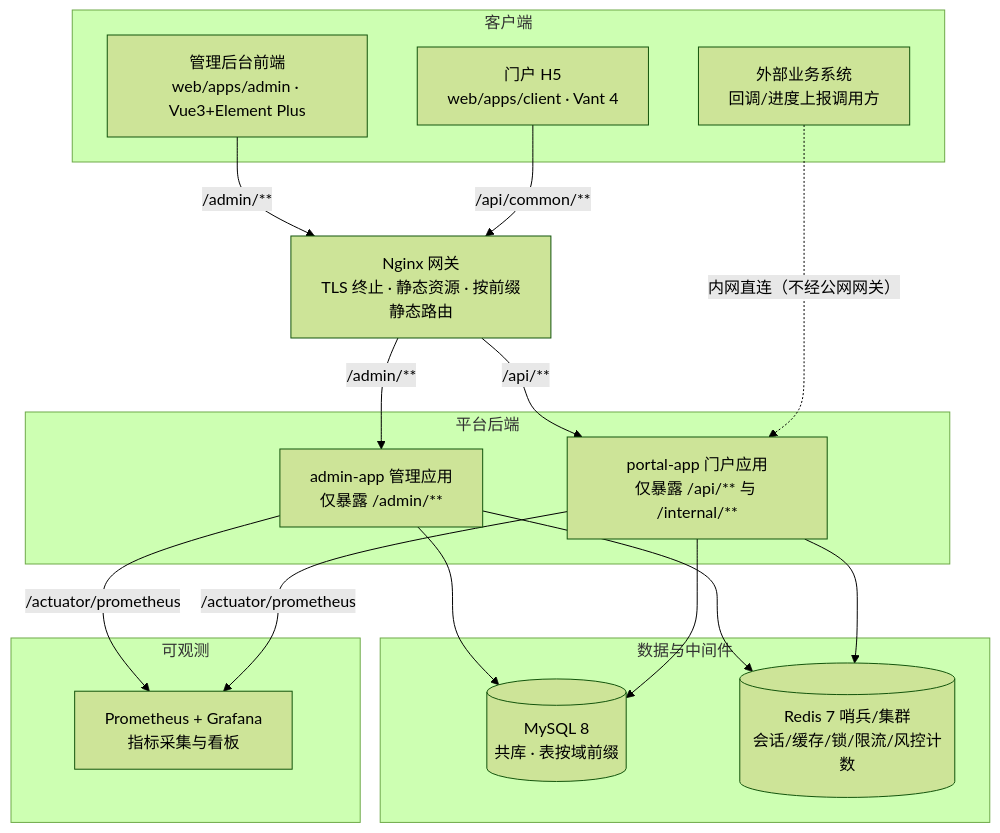
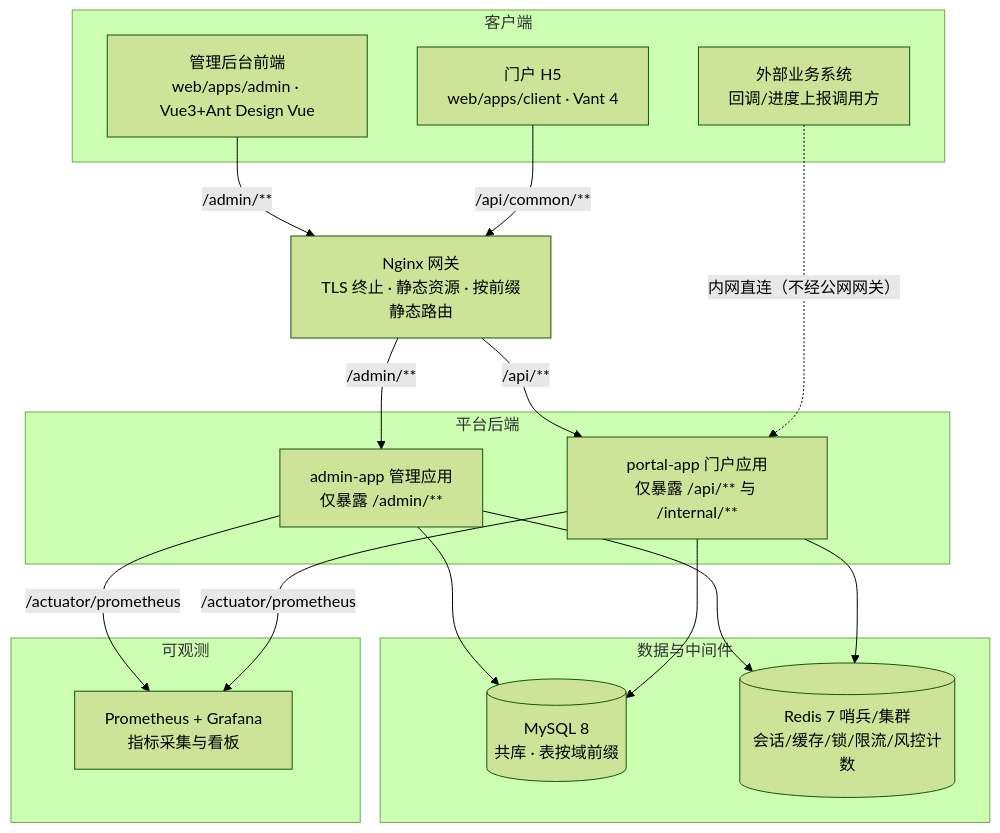
One commit to xuankuxiaohui/marketing-task-platform changed the first of 6 diagrams in .kiro/specs/platform-v2/design-architecture.md. Above: the diagram before and after it, drawn with Mermaid (forest theme). The commit also changed other lines of this file and 91 other files, not shown here.

First line of the commit message:
feat(web-admin): switch console to Ant Design Vue

````diff
--- a/.kiro/specs/platform-v2/design-architecture.md
+++ b/.kiro/specs/platform-v2/design-architecture.md
@@ -15,33 +15,33 @@
 ```mermaid
 graph TB
     subgraph 客户端
-        AW[管理后台前端<br/>web/apps/admin · Vue3+Element Plus]
+        AW[管理后台前端<br/>web/apps/admin · Vue3+Ant Design Vue]
         CW[门户 H5<br/>web/apps/client · Vant 4]
         EXT[外部业务系统<br/>回调/进度上报调用方]
     end
 
     NG[Nginx 网关<br/>TLS 终止 · 静态资源 · 按前缀静态路由]
 
     subgraph 平台后端
         ADMIN[admin-app 管理应用<br/>仅暴露 /admin/**]
         PORTAL[portal-app 门户应用<br/>仅暴露 /api/** 与 /internal/**]
     end
 
     subgraph 数据与中间件
         DB[(MySQL 8<br/>共库 · 表按域前缀)]
         REDIS[(Redis 7 哨兵/集群<br/>会话/缓存/锁/限流/风控计数)]
     end
 
     subgraph 可观测
         PROM[Prometheus + Grafana<br/>指标采集与看板]
     end
 
     AW -->|/admin/**| NG
     CW -->|/api/common/**| NG
     NG -->|/admin/**| ADMIN
     NG -->|/api/**| PORTAL
     EXT -.内网直连（不经公网网关）.-> PORTAL
     ADMIN --> DB & REDIS
     PORTAL --> DB & REDIS
     ADMIN & PORTAL -->|/actuator/prometheus| PROM
 ```
````
